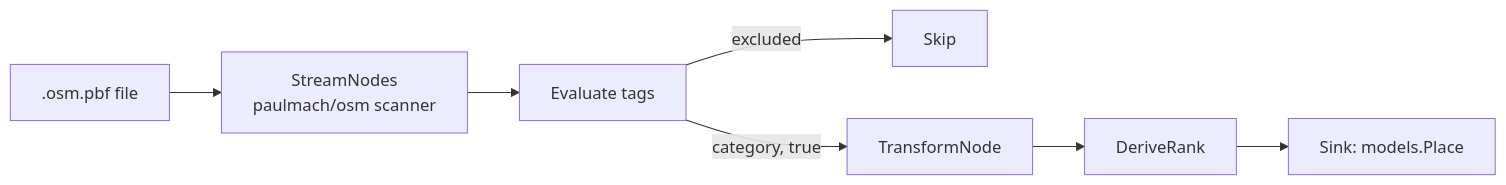
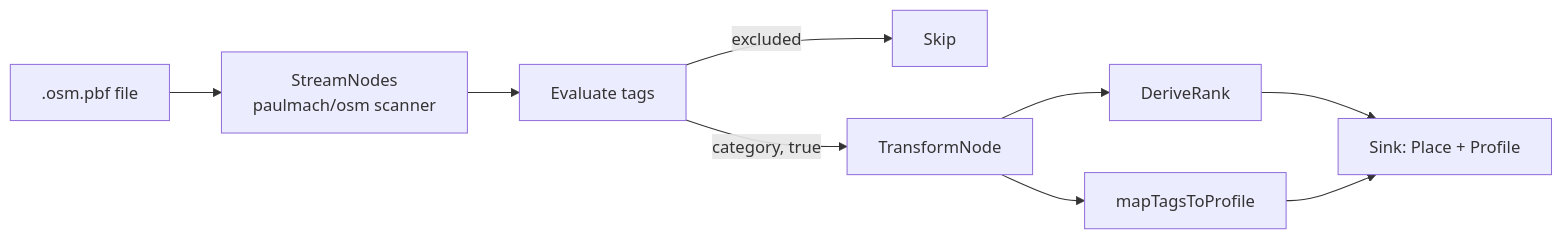
Before and after one commit to InWheelOrg/inwheel-api: the diagram in internal/sources/osm/README.md, drawn with Mermaid. The commit also changed other lines of this file and 3 other files, not shown here.

````diff
--- a/internal/sources/osm/README.md
+++ b/internal/sources/osm/README.md
@@ -7,9 +7,11 @@
 ```mermaid
 flowchart LR
   A[.osm.pbf file] --> B[StreamNodes<br/>paulmach/osm scanner]
   B --> C[Evaluate tags]
   C -- excluded --> D[Skip]
   C -- category, true --> E[TransformNode]
   E --> F[DeriveRank]
-  F --> G[Sink: models.Place]
+  E --> G[mapTagsToProfile]
+  F --> H[Sink: Place + Profile]
+  G --> H
 ```
````
